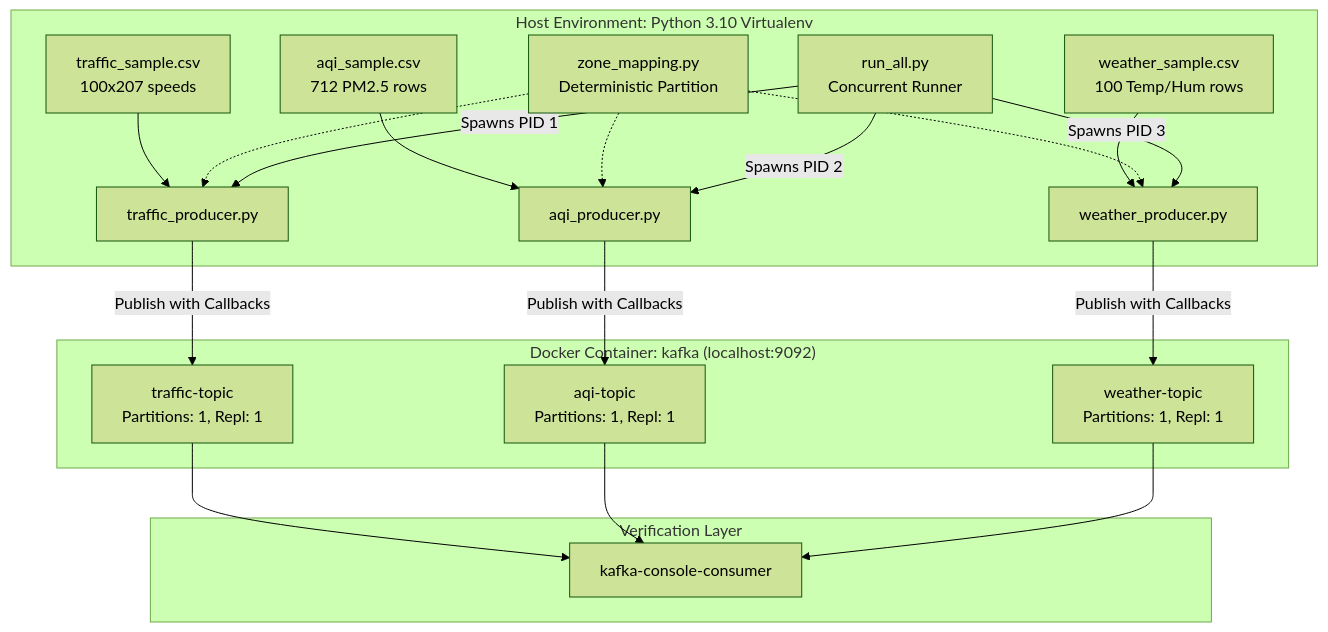
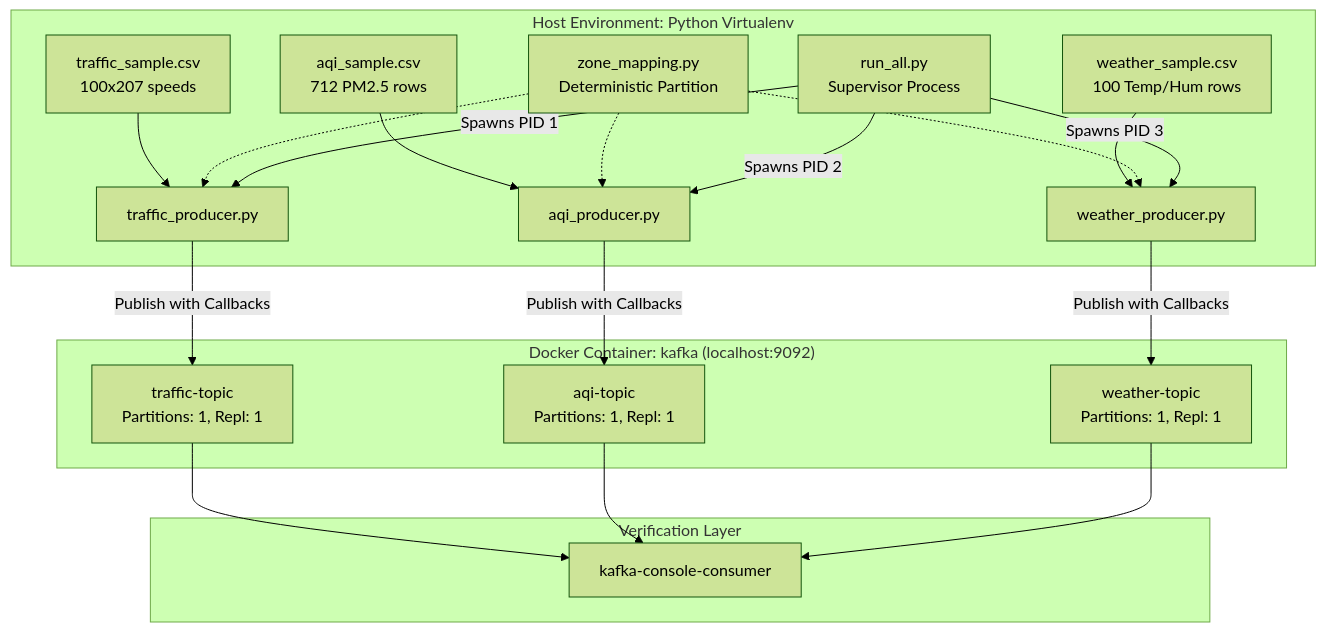
Before and after one commit to charan21042005/urbanix: the diagram in _day-notes/day-02/DAY_02_SENSOR_SIMULATION_REPORT.md, drawn with Mermaid (forest theme). The commit also changed other lines of this file and 1 other file, not shown here.

````diff
--- a/_day-notes/day-02/DAY_02_SENSOR_SIMULATION_REPORT.md
+++ b/_day-notes/day-02/DAY_02_SENSOR_SIMULATION_REPORT.md
@@ -418,28 +572,28 @@
 ```mermaid
 graph TD
-    subgraph "Host Environment: Python 3.10 Virtualenv"
+    subgraph "Host Environment: Python Virtualenv"
         DS1[traffic_sample.csv<br>100x207 speeds] --> TP[traffic_producer.py]
         DS2[aqi_sample.csv<br>712 PM2.5 rows] --> AP[aqi_producer.py]
         DS3[weather_sample.csv<br>100 Temp/Hum rows] --> WP[weather_producer.py]
         
         ZM[zone_mapping.py<br>Deterministic Partition] -.-> TP
         ZM -.-> AP
         ZM -.-> WP
         
-        RA[run_all.py<br>Concurrent Runner] -->|Spawns PID 1| TP
+        RA[run_all.py<br>Supervisor Process] -->|Spawns PID 1| TP
         RA -->|Spawns PID 2| AP
         RA -->|Spawns PID 3| WP
     end
 
     subgraph "Docker Container: kafka (localhost:9092)"
         TP -->|Publish with Callbacks| T_TOPIC[traffic-topic<br>Partitions: 1, Repl: 1]
         AP -->|Publish with Callbacks| A_TOPIC[aqi-topic<br>Partitions: 1, Repl: 1]
         WP -->|Publish with Callbacks| W_TOPIC[weather-topic<br>Partitions: 1, Repl: 1]
     end
 
     subgraph "Verification Layer"
         T_TOPIC --> CC[kafka-console-consumer]
         A_TOPIC --> CC
         W_TOPIC --> CC
     end
 ```
````
